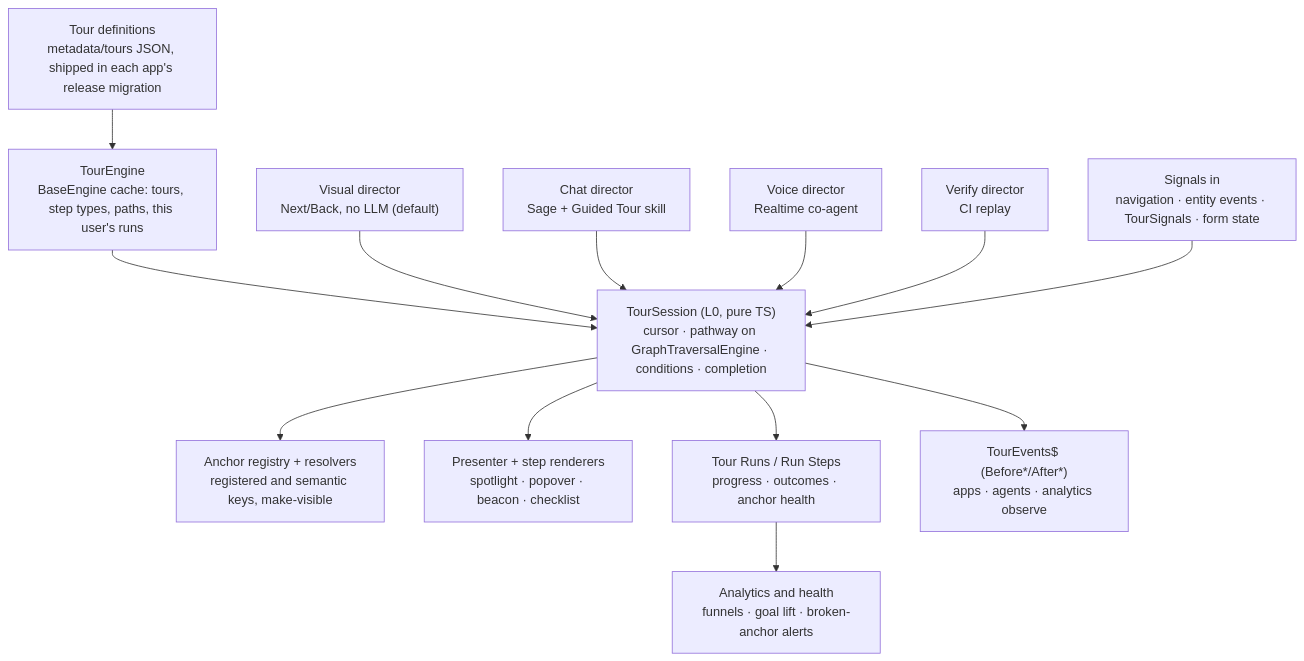
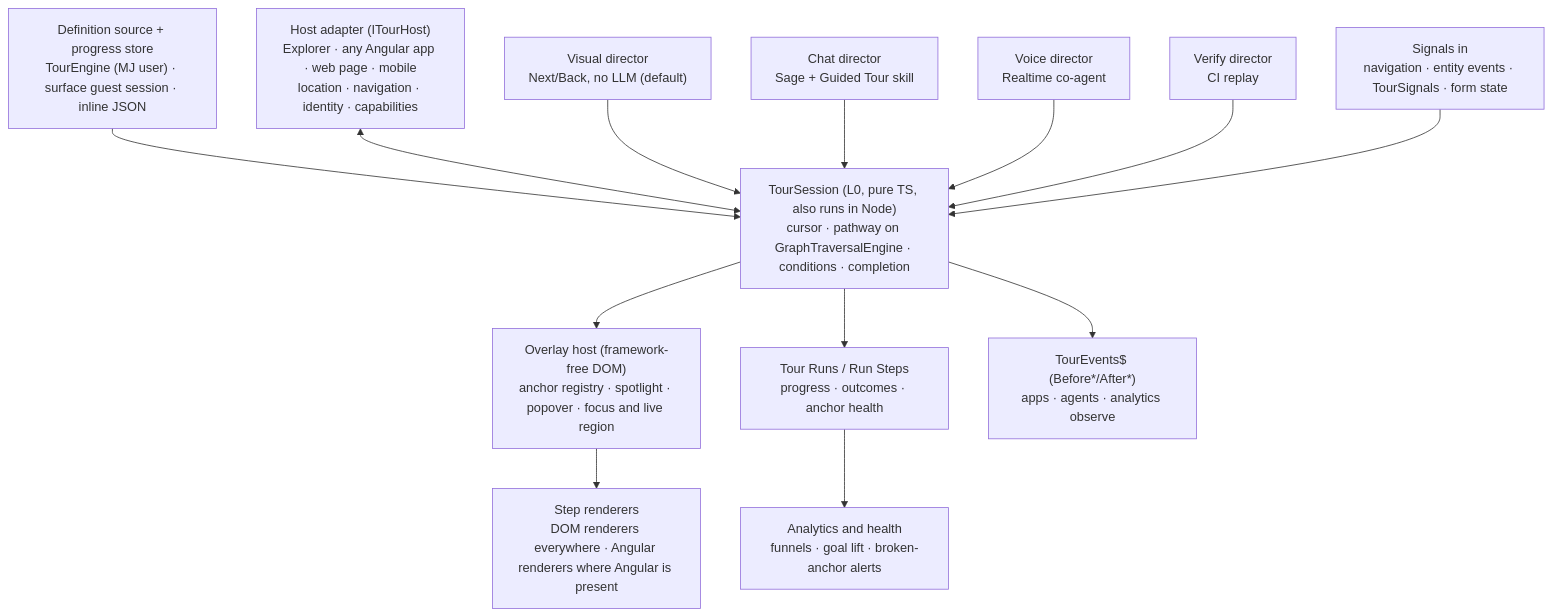
The first of 4 diagrams in plans/guided-tours.md (MemberJunction/MJ), drawn with Mermaid before and after one commit. The commit also changed other lines of this file, not shown here.

First line of the commit message:
Plan: make guided tours host-independent

````diff
--- a/plans/guided-tours.md
+++ b/plans/guided-tours.md
@@ -132,16 +145,16 @@
 ```mermaid
 flowchart TD
-    DEF["Tour definitions<br/>metadata/tours JSON, shipped in each app's release migration"] --> ENG["TourEngine<br/>BaseEngine cache: tours, step types, paths, this user's runs"]
-    ENG --> SES
+    SRC["Definition source + progress store<br/>TourEngine (MJ user) · surface guest session · inline JSON"] --> SES
+    HOST["Host adapter (ITourHost)<br/>Explorer · any Angular app · web page · mobile<br/>location · navigation · identity · capabilities"] <--> SES
     VD["Visual director<br/>Next/Back, no LLM (default)"] --> SES
     CD["Chat director<br/>Sage + Guided Tour skill"] --> SES
     VO["Voice director<br/>Realtime co-agent"] --> SES
     XD["Verify director<br/>CI replay"] --> SES
-    SES["TourSession (L0, pure TS)<br/>cursor · pathway on GraphTraversalEngine · conditions · completion"]
+    SES["TourSession (L0, pure TS, also runs in Node)<br/>cursor · pathway on GraphTraversalEngine · conditions · completion"]
     SIG["Signals in<br/>navigation · entity events · TourSignals · form state"] --> SES
-    SES --> ANC["Anchor registry + resolvers<br/>registered and semantic keys, make-visible"]
-    SES --> PRE["Presenter + step renderers<br/>spotlight · popover · beacon · checklist"]
+    SES --> DOM["Overlay host (framework-free DOM)<br/>anchor registry · spotlight · popover · focus and live region"]
+    DOM --> REN["Step renderers<br/>DOM renderers everywhere · Angular renderers where Angular is present"]
     SES --> RUN["Tour Runs / Run Steps<br/>progress · outcomes · anchor health"]
     SES --> EVT["TourEvents$ (Before*/After*)<br/>apps · agents · analytics observe"]
     RUN --> ANA["Analytics and health<br/>funnels · goal lift · broken-anchor alerts"]
 ```
````
